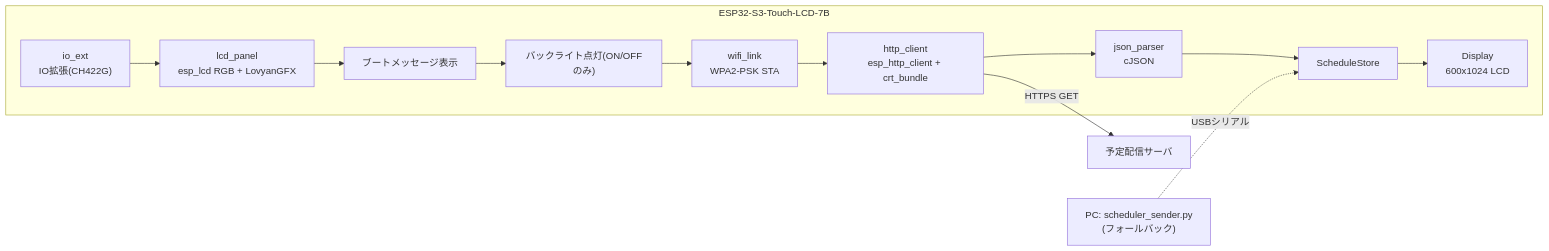
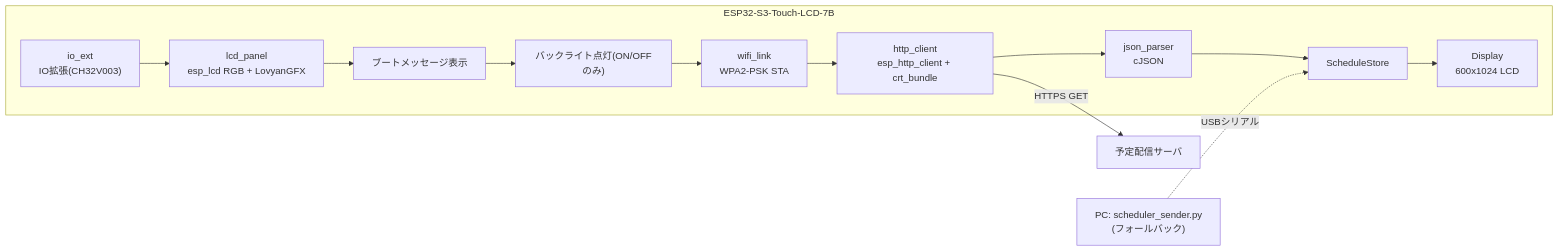
The diagram in docs/spec.md (hgn32/schedule-viewer-esp32s3), drawn with Mermaid before and after one commit. The commit also changed other lines of this file and 8 other files, not shown here.

````diff
--- a/docs/spec.md
+++ b/docs/spec.md
@@ -8,15 +8,15 @@
 ```mermaid
 flowchart LR
     subgraph DEV["ESP32-S3-Touch-LCD-7B"]
-        IO["io_ext<br/>IO拡張(CH422G)"] --> LCD["lcd_panel<br/>esp_lcd RGB + LovyanGFX"]
+        IO["io_ext<br/>IO拡張(CH32V003)"] --> LCD["lcd_panel<br/>esp_lcd RGB + LovyanGFX"]
         LCD --> BOOT["ブートメッセージ表示"]
         BOOT --> BL["バックライト点灯(ON/OFFのみ)"]
         BL --> W["wifi_link<br/>WPA2-PSK STA"]
         W --> H["http_client<br/>esp_http_client + crt_bundle"]
         H --> J["json_parser<br/>cJSON"]
         J --> S["ScheduleStore"]
         S --> D["Display<br/>600x1024 LCD"]
     end
     H -- "HTTPS GET" --> SV["予定配信サーバ"]
     PC["PC: scheduler_sender.py<br/>(フォールバック)"] -. "USBシリアル" .-> S
 ```
````
